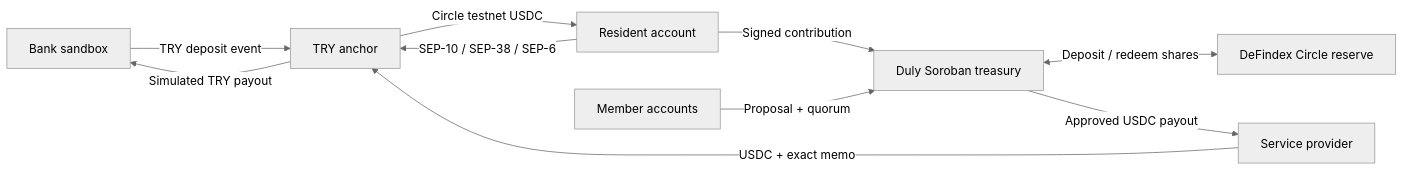
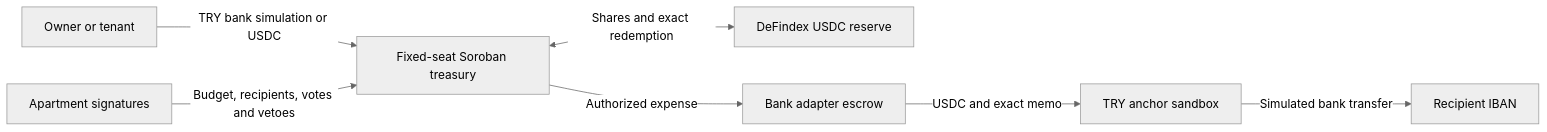
Before and after one commit to mryavascann/aidat: the diagram in README.md, drawn with Mermaid (neutral theme). The commit also changed other lines of this file and 64 other files, not shown here.

Commit message:
feat: add fixed-seat building governance and passkey IBAN payments

````diff
--- a/README.md
+++ b/README.md
@@ -59,12 +36,9 @@
 ```mermaid
 flowchart LR
-    Bank[Bank sandbox] -->|TRY deposit event| Anchor[TRY anchor]
-    Member[Resident account] -->|SEP-10 / SEP-38 / SEP-6| Anchor
-    Anchor -->|Circle testnet USDC| Member
-    Member -->|Signed contribution| Treasury[Duly Soroban treasury]
-    Treasury <-->|Deposit / redeem shares| Vault[DeFindex Circle reserve]
-    Voters[Member accounts] -->|Proposal + quorum| Treasury
-    Treasury -->|Approved USDC payout| Payee[Service provider]
-    Payee -->|USDC + exact memo| Anchor
-    Anchor -->|Simulated TRY payout| Bank
+  Resident[Owner or tenant] -->|TRY bank simulation or USDC| Treasury[Fixed-seat Soroban treasury]
+  Treasury <-->|Shares and exact redemption| Reserve[DeFindex USDC reserve]
+  Owners[Apartment signatures] -->|Budget, recipients, votes and vetoes| Treasury
+  Treasury -->|Authorized expense| Bridge[Bank adapter escrow]
+  Bridge -->|USDC and exact memo| Anchor[TRY anchor sandbox]
+  Anchor -->|Simulated bank transfer| IBAN[Recipient IBAN]
 ```
````
